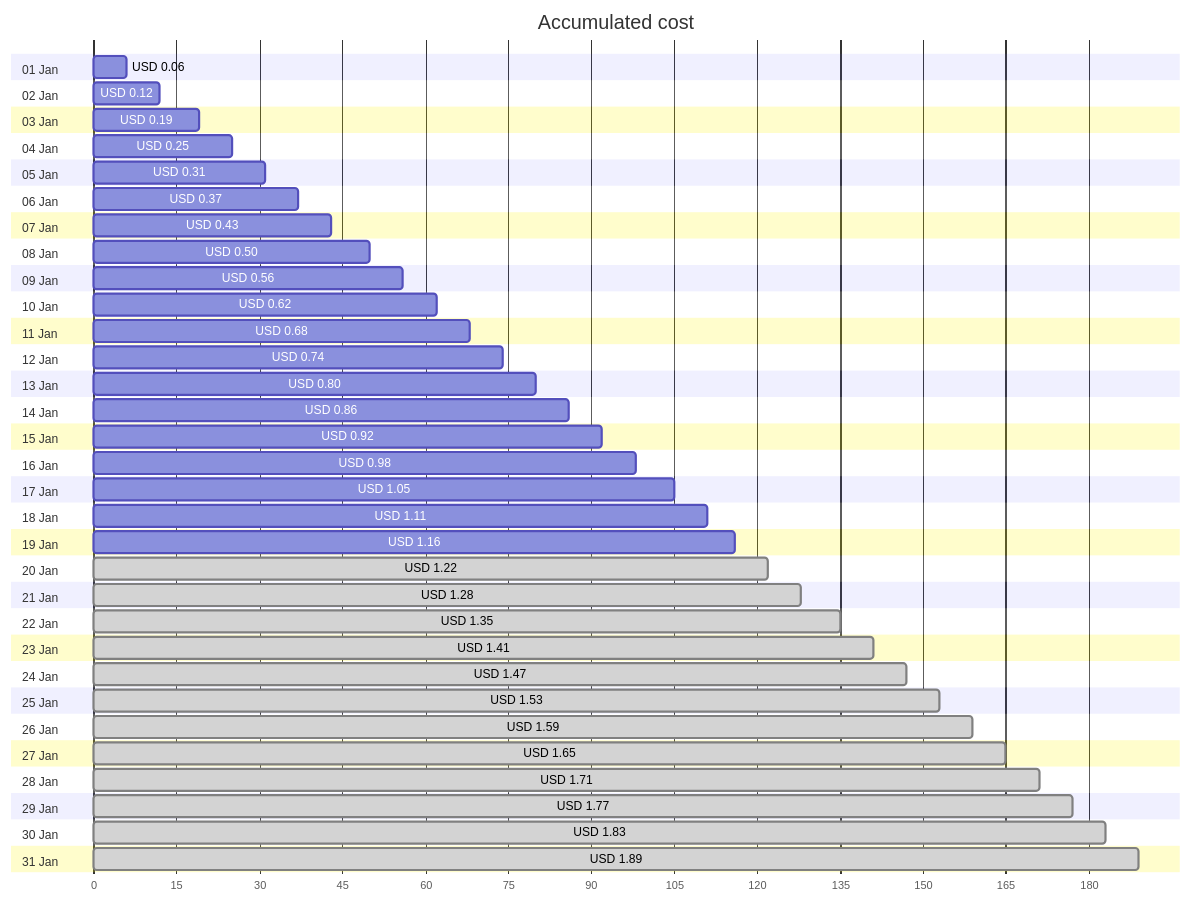
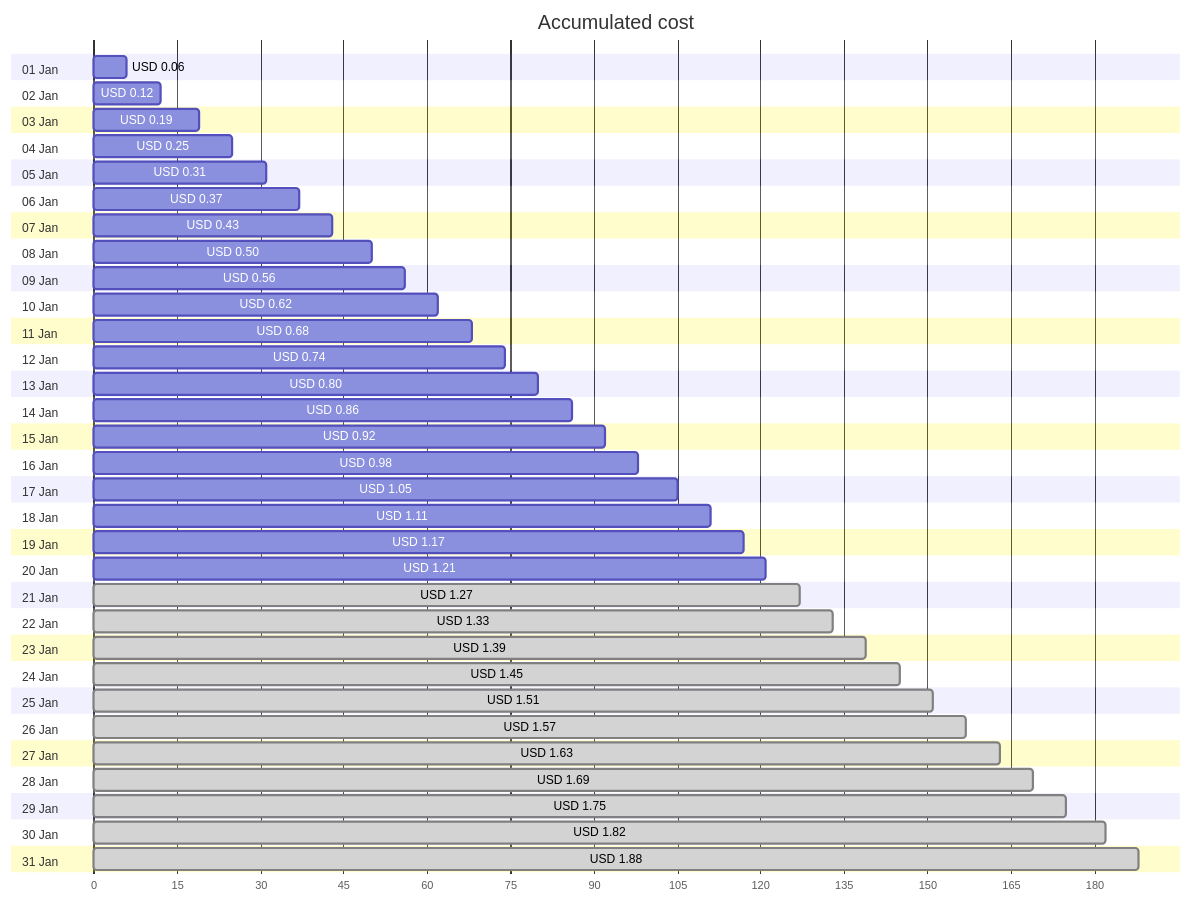
One commit to jpfulton/azure-personal-reports changed the first of 4 diagrams in cost-reports/personal-network/backup-server_OsDisk.md. Above: the diagram before and after it, drawn with Mermaid. The commit also changed other lines of this file and 8 other files, not shown here.

````diff
--- a/cost-reports/personal-network/backup-server_OsDisk.md
+++ b/cost-reports/personal-network/backup-server_OsDisk.md
@@ -20,68 +20,68 @@
 ```mermaid
 gantt
    title Accumulated cost
    dateFormat  X
    axisFormat %s
    section 01 Jan
    USD 0.06 :0, 6
    section 02 Jan
    USD 0.12 :0, 12
    section 03 Jan
    USD 0.19 :0, 19
    section 04 Jan
    USD 0.25 :0, 25
    section 05 Jan
    USD 0.31 :0, 31
    section 06 Jan
    USD 0.37 :0, 37
    section 07 Jan
    USD 0.43 :0, 43
    section 08 Jan
    USD 0.50 :0, 50
    section 09 Jan
    USD 0.56 :0, 56
    section 10 Jan
    USD 0.62 :0, 62
    section 11 Jan
    USD 0.68 :0, 68
    section 12 Jan
    USD 0.74 :0, 74
    section 13 Jan
    USD 0.80 :0, 80
    section 14 Jan
    USD 0.86 :0, 86
    section 15 Jan
    USD 0.92 :0, 92
    section 16 Jan
    USD 0.98 :0, 98
    section 17 Jan
    USD 1.05 :0, 105
    section 18 Jan
    USD 1.11 :0, 111
    section 19 Jan
-   USD 1.16 :0, 116
+   USD 1.17 :0, 117
    section 20 Jan
-   USD 1.22 : done, 0, 122
+   USD 1.21 :0, 121
    section 21 Jan
-   USD 1.28 : done, 0, 128
+   USD 1.27 : done, 0, 127
    section 22 Jan
-   USD 1.35 : done, 0, 135
+   USD 1.33 : done, 0, 133
    section 23 Jan
-   USD 1.41 : done, 0, 141
+   USD 1.39 : done, 0, 139
    section 24 Jan
-   USD 1.47 : done, 0, 147
+   USD 1.45 : done, 0, 145
    section 25 Jan
-   USD 1.53 : done, 0, 153
+   USD 1.51 : done, 0, 151
    section 26 Jan
-   USD 1.59 : done, 0, 159
+   USD 1.57 : done, 0, 157
    section 27 Jan
-   USD 1.65 : done, 0, 165
+   USD 1.63 : done, 0, 163
    section 28 Jan
-   USD 1.71 : done, 0, 171
+   USD 1.69 : done, 0, 169
    section 29 Jan
-   USD 1.77 : done, 0, 177
+   USD 1.75 : done, 0, 175
    section 30 Jan
-   USD 1.83 : done, 0, 183
+   USD 1.82 : done, 0, 182
    section 31 Jan
-   USD 1.89 : done, 0, 189
+   USD 1.88 : done, 0, 188
 ```
````
